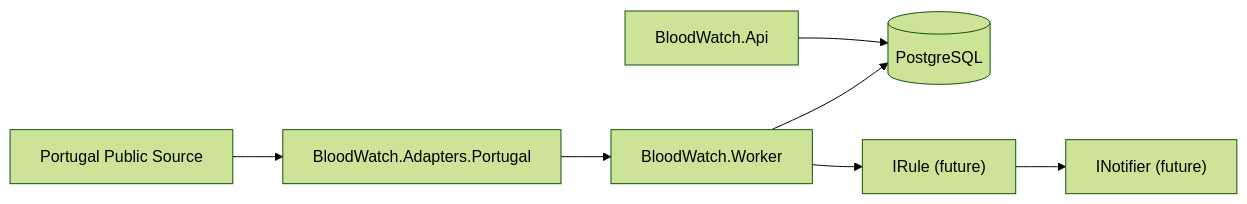
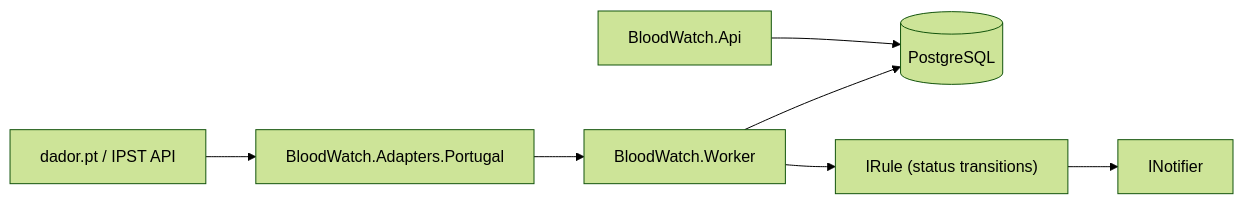
The diagram in docs/architecture.md (igorbmaciel94/blood-watch), drawn with Mermaid (forest theme) before and after one commit. The commit also changed other lines of this file and 65 other files, not shown here.

````diff
--- a/docs/architecture.md
+++ b/docs/architecture.md
@@ -17,9 +17,9 @@
 ```mermaid
 flowchart LR
-  Source["Portugal Public Source"] --> Adapter["BloodWatch.Adapters.Portugal"]
+  Source["dador.pt / IPST API"] --> Adapter["BloodWatch.Adapters.Portugal"]
   Adapter --> Worker["BloodWatch.Worker"]
   Worker --> DB[(PostgreSQL)]
   API["BloodWatch.Api"] --> DB
-  Worker --> Rules["IRule (future)"]
-  Rules --> Notify["INotifier (future)"]
+  Worker --> Rules["IRule (status transitions)"]
+  Rules --> Notify["INotifier"]
 ```
````
